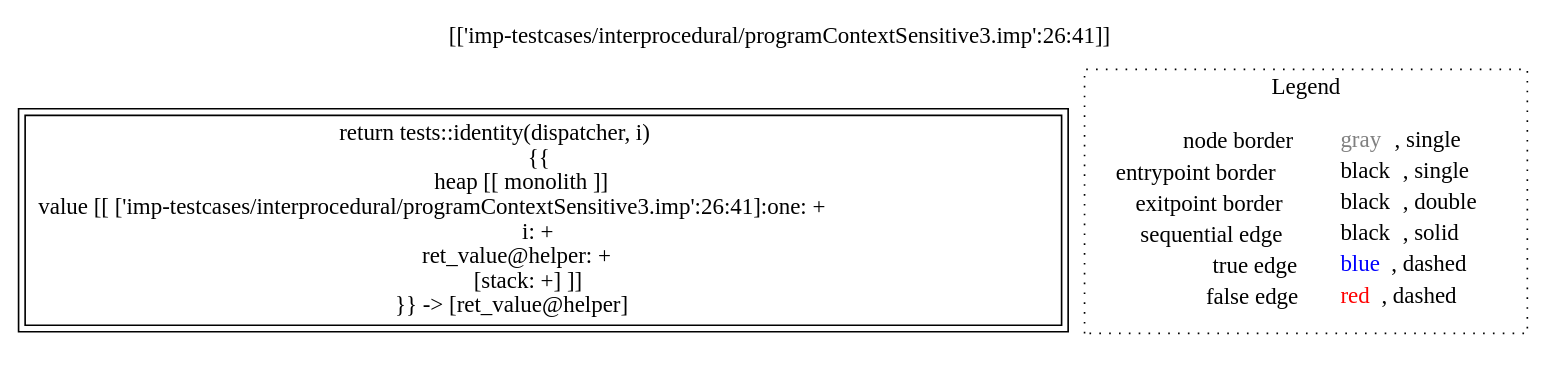
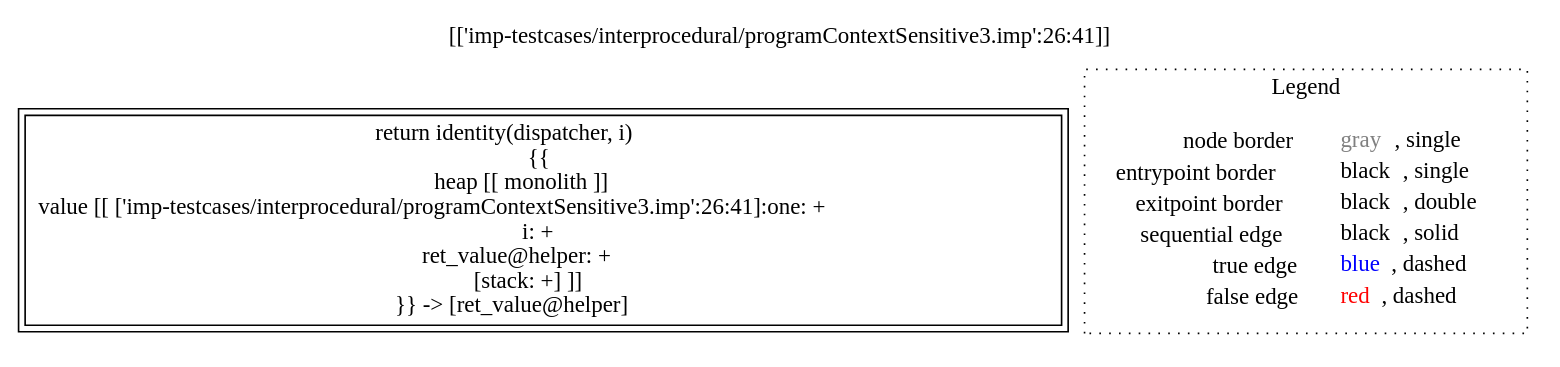
Before and after one commit to lisa-analyzer/lisa: the diagram in lisa/lisa-core/imp-testcases/interprocedural/RTAContextSensitive4/analysis___-891423586_untyped_tests.helper(tests__this,_untyped_i,_untyped_dispatcher).dot, drawn with Graphviz. The commit also changed 36 other files, not shown here.

```diff
--- a/lisa/lisa-core/imp-testcases/interprocedural/RTAContextSensitive4/analysis___-891423586_untyped_tests.helper(tests__this,_untyped_i,_untyped_dispatcher).dot
+++ b/lisa/lisa-core/imp-testcases/interprocedural/RTAContextSensitive4/analysis___-891423586_untyped_tests.helper(tests__this,_untyped_i,_untyped_dispatcher).dot
@@ -1,12 +1,12 @@
 digraph {
 	labelloc="t";
 	label="[['imp-testcases/interprocedural/programContextSensitive3.imp':26:41]]";
-	"node0" [shape="rect",color="black",peripheries="2",label=<return tests::identity(dispatcher, i)<BR/>{{<BR/>heap [[ monolith ]]<BR/>value [[ ['imp-testcases/interprocedural/programContextSensitive3.imp':26:41]:one: +<BR/>i: +<BR/>ret_value@helper: +<BR/>[stack: +] ]]<BR/>}} -&gt; [ret_value@helper]>];
+	"node0" [shape="rect",color="black",peripheries="2",label=<return identity(dispatcher, i)<BR/>{{<BR/>heap [[ monolith ]]<BR/>value [[ ['imp-testcases/interprocedural/programContextSensitive3.imp':26:41]:one: +<BR/>i: +<BR/>ret_value@helper: +<BR/>[stack: +] ]]<BR/>}} -&gt; [ret_value@helper]>];
 subgraph cluster_legend {
 	label="Legend";
 	style=dotted;
 	node [shape=plaintext];
 	"legend" [label=<<table border="0" cellpadding="2" cellspacing="0" cellborder="0"><tr><td align="right">node border&nbsp;</td><td align="left"><font color="gray">gray</font>, single</td></tr><tr><td align="right">entrypoint border&nbsp;</td><td align="left"><font color="black">black</font>, single</td></tr><tr><td align="right">exitpoint border&nbsp;</td><td align="left"><font color="black">black</font>, double</td></tr><tr><td align="right">sequential edge&nbsp;</td><td align="left"><font color="black">black</font>, solid</td></tr><tr><td align="right">true edge&nbsp;</td><td align="left"><font color="blue">blue</font>, dashed</td></tr><tr><td align="right">false edge&nbsp;</td><td align="left"><font color="red">red</font>, dashed</td></tr></table>>];
 }
 
 }
```
